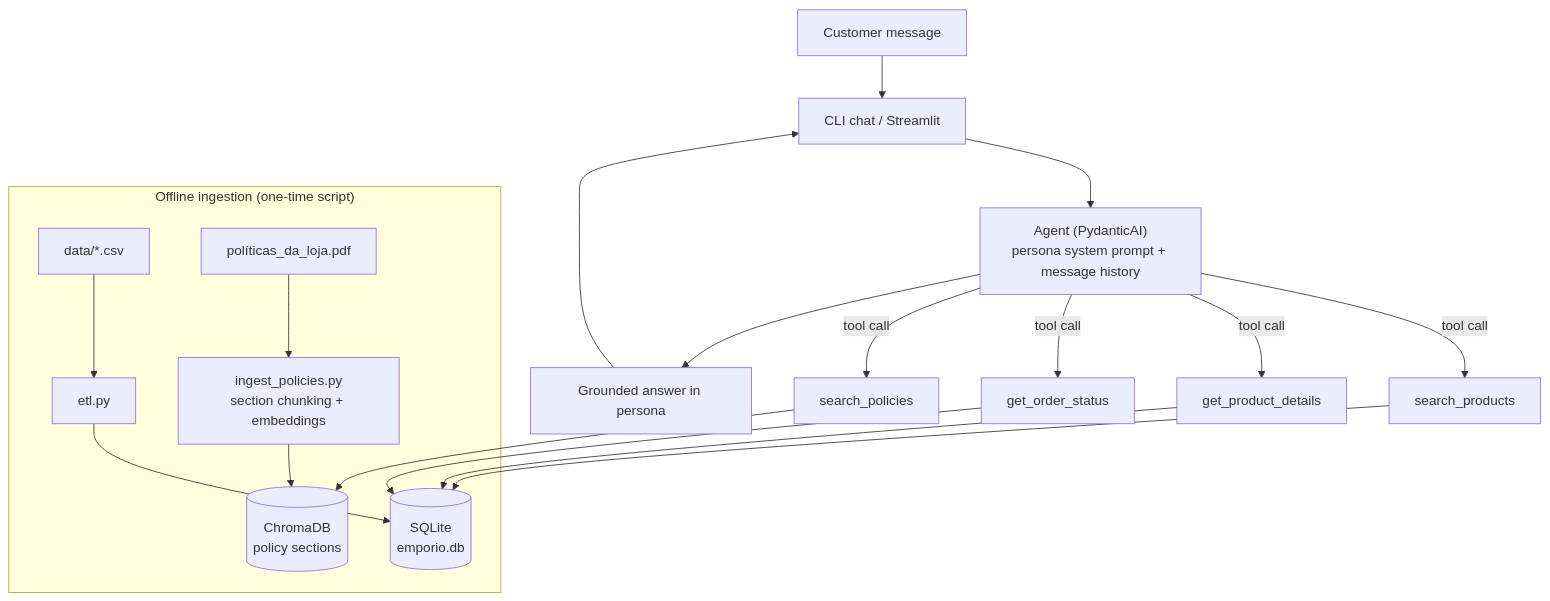
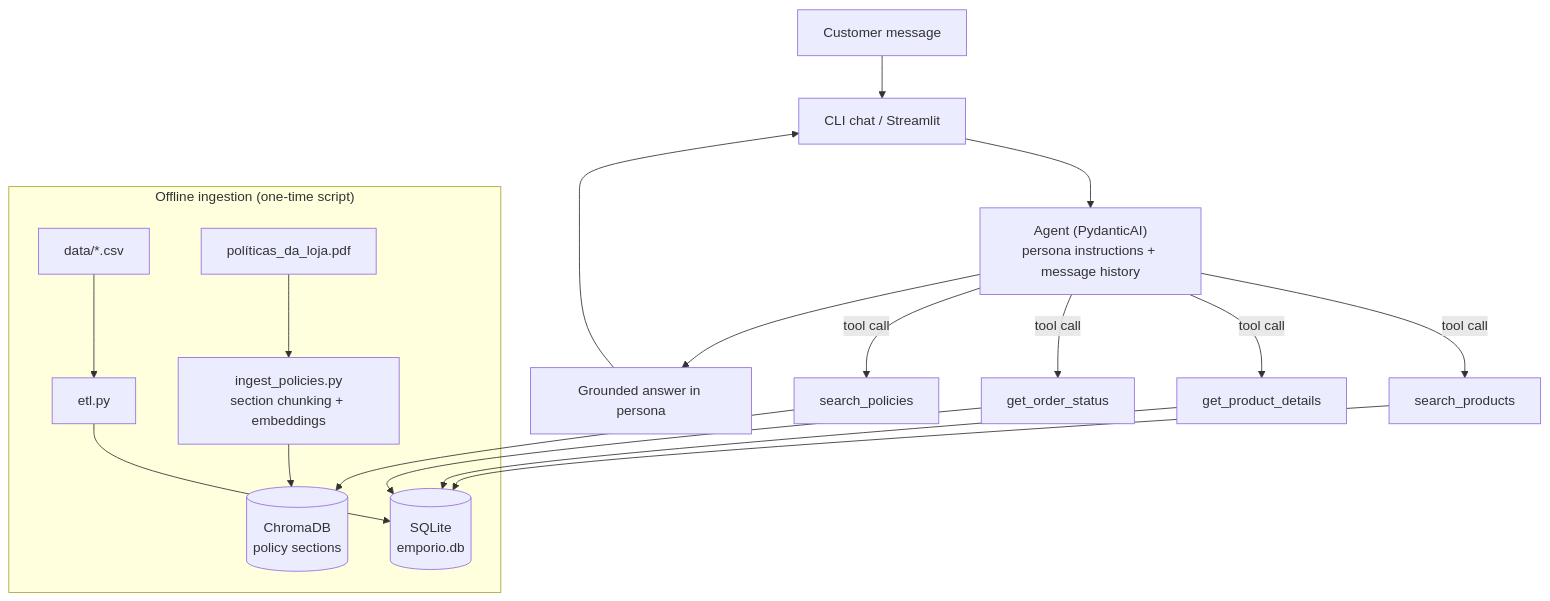
One commit to johann0301/artefact_technical_challenge changed the diagram in docs/architecture.md. Above: the diagram before and after it, drawn with Mermaid. The commit also changed other lines of this file and 3 other files, not shown here.

````diff
--- a/docs/architecture.md
+++ b/docs/architecture.md
@@ -7,20 +7,20 @@
 ```mermaid
 flowchart TD
     U[Customer message] --> CLI[CLI chat / Streamlit]
-    CLI --> A["Agent (PydanticAI)\npersona system prompt + message history"]
+    CLI --> A["Agent (PydanticAI)\npersona instructions + message history"]
     A -->|tool call| T1[search_products]
     A -->|tool call| T2[get_product_details]
     A -->|tool call| T3[get_order_status]
     A -->|tool call| T4[search_policies]
     T1 --> DB[(SQLite\nemporio.db)]
     T2 --> DB
     T3 --> DB
     T4 --> VS[(ChromaDB\npolicy sections)]
     A --> R[Grounded answer in persona]
     R --> CLI
 
     subgraph "Offline ingestion (one-time script)"
         CSV[data/*.csv] --> ETL[etl.py] --> DB
         PDF[políticas_da_loja.pdf] --> ING[ingest_policies.py\nsection chunking + embeddings] --> VS
     end
 ```
````
